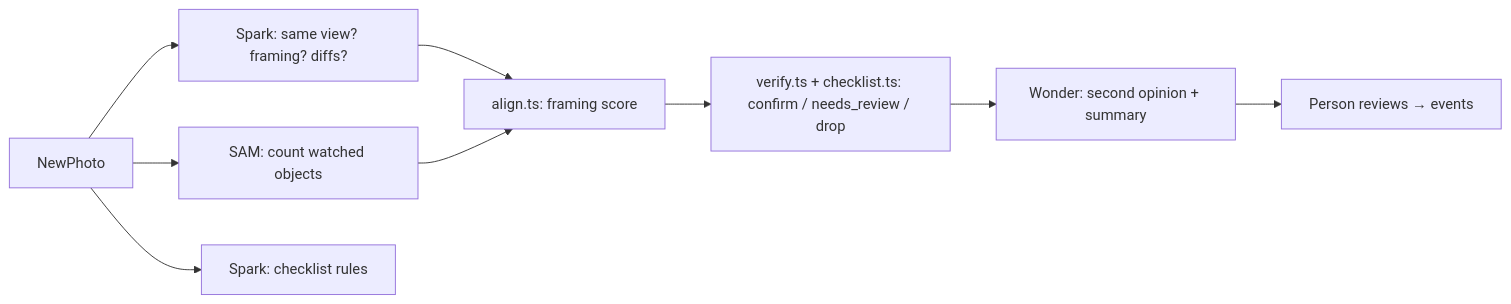
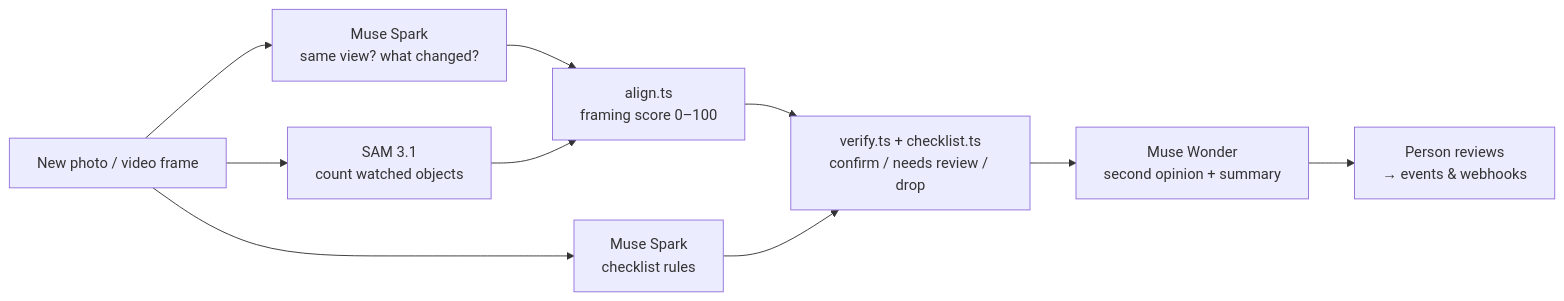
The diagram in README.md (nodarik/GoldenFrameAI), drawn with Mermaid before and after one commit. The commit also changed other lines of this file and 7 other files, not shown here.

````diff
--- a/README.md
+++ b/README.md
@@ -105,11 +56,12 @@
 ```mermaid
 flowchart LR
-  NewPhoto --> Spark[ Spark: same view? framing? diffs? ]
-  NewPhoto --> SAM[ SAM: count watched objects ]
-  NewPhoto --> Rules[ Spark: checklist rules ]
-  Spark --> Align[ align.ts: framing score ]
-  SAM --> Align
-  Align --> Verify[ verify.ts + checklist.ts: confirm / needs_review / drop ]
-  Verify --> Wonder[ Wonder: second opinion + summary ]
-  Wonder --> Person[ Person reviews → events ]
+  P[New photo / video frame] --> S1[Muse Spark<br/>same view? what changed?]
+  P --> SAM[SAM 3.1<br/>count watched objects]
+  P --> S2[Muse Spark<br/>checklist rules]
+  S1 --> A[align.ts<br/>framing score 0–100]
+  SAM --> A
+  A --> V[verify.ts + checklist.ts<br/>confirm / needs review / drop]
+  S2 --> V
+  V --> W[Muse Wonder<br/>second opinion + summary]
+  W --> H[Person reviews<br/>→ events & webhooks]
 ```
````
